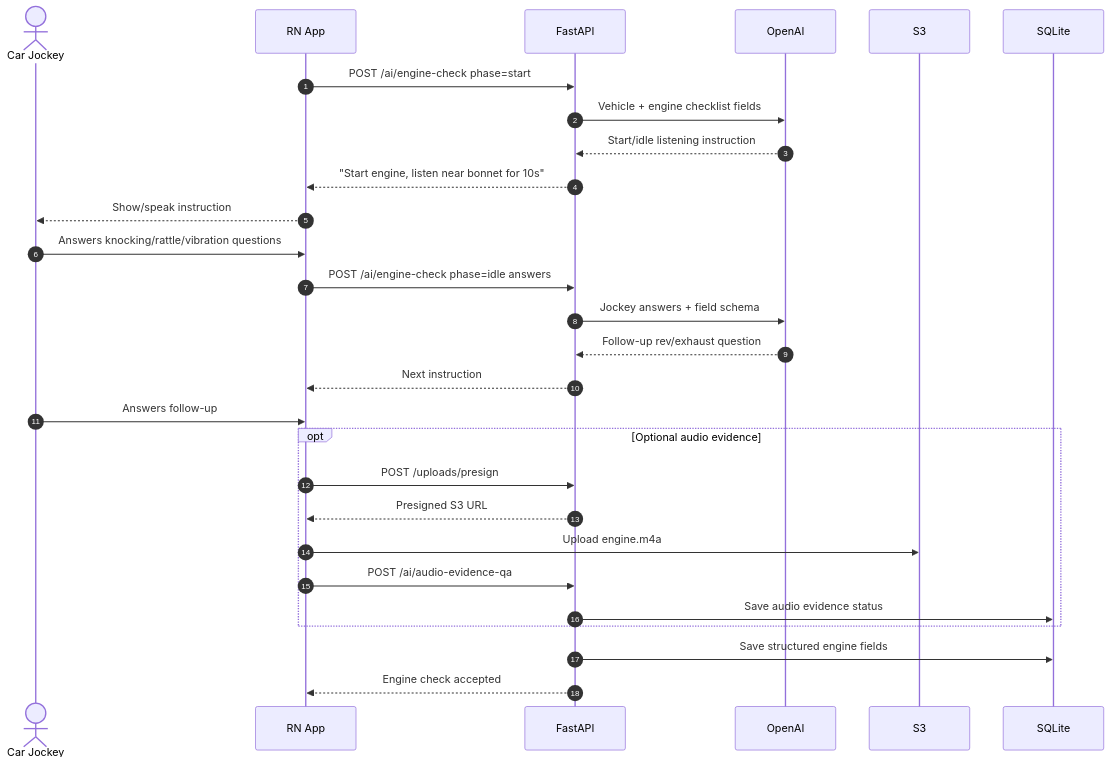
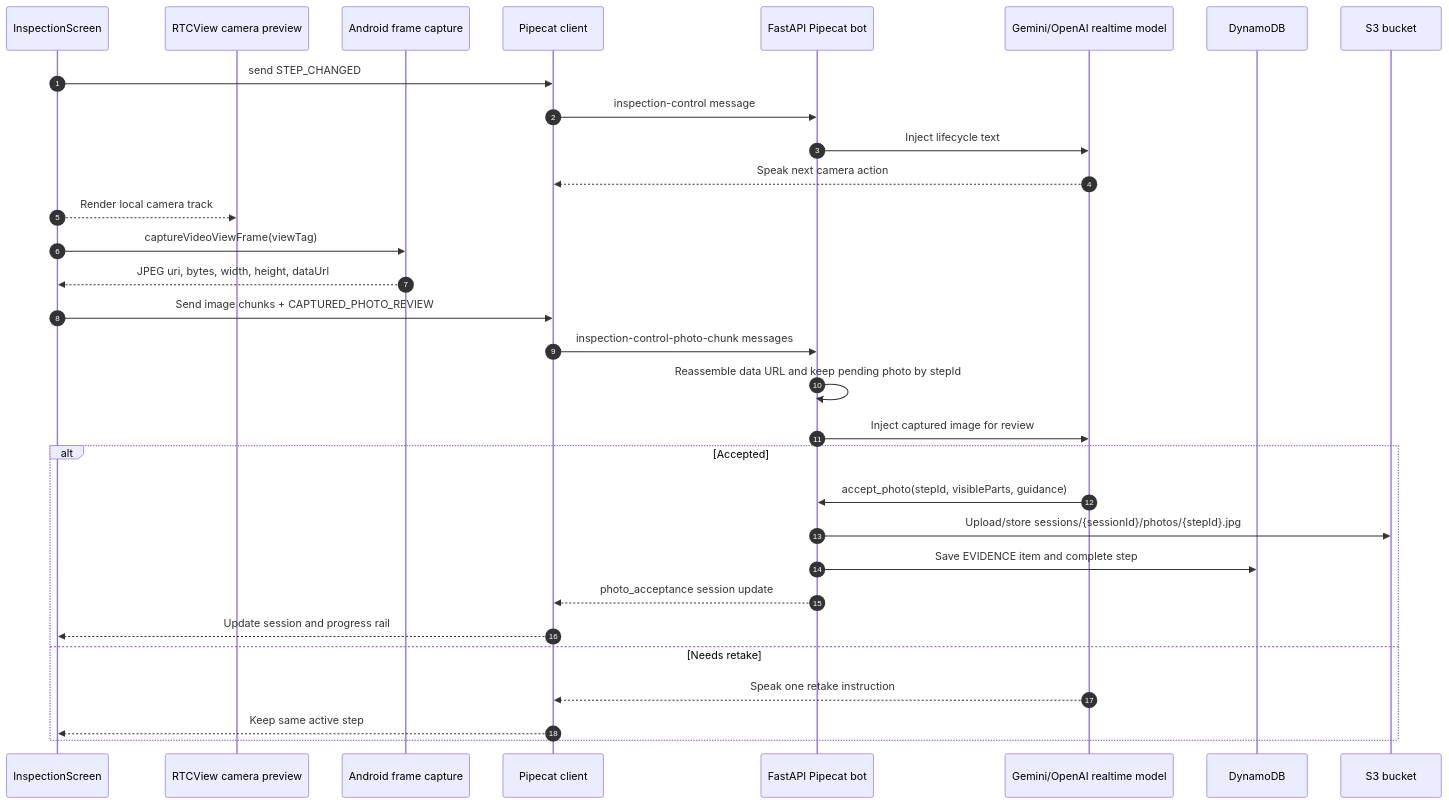
Before and after one commit to adityabhattad2021/Inspection-Copilot: the seventh of 11 diagrams in ARCHITECTURE.md, drawn with Mermaid. The commit also changed other lines of this file, not shown here.

Commit message:
docs: update architecture md

````diff
--- a/ARCHITECTURE.md
+++ b/ARCHITECTURE.md
@@ -341,31 +376,34 @@
 ```mermaid
 sequenceDiagram
   autonumber
-  actor J as Car Jockey
-  participant App as RN App
-  participant API as FastAPI
-  participant AI as OpenAI
-  participant S3 as S3
-  participant DDB as SQLite
+  participant App as InspectionScreen
+  participant RTC as RTCView camera preview
+  participant Native as Android frame capture
+  participant VoiceClient as Pipecat client
+  participant Bot as FastAPI Pipecat bot
+  participant LLM as Gemini/OpenAI realtime model
+  participant DDB as DynamoDB
+  participant S3 as S3 bucket
 
-  App->>API: POST /ai/engine-check phase=start
-  API->>AI: Vehicle + engine checklist fields
-  AI-->>API: Start/idle listening instruction
-  API-->>App: "Start engine, listen near bonnet for 10s"
-  App-->>J: Show/speak instruction
-  J->>App: Answers knocking/rattle/vibration questions
-  App->>API: POST /ai/engine-check phase=idle answers
-  API->>AI: Jockey answers + field schema
-  AI-->>API: Follow-up rev/exhaust question
-  API-->>App: Next instruction
-  J->>App: Answers follow-up
-  opt Optional audio evidence
-    App->>API: POST /uploads/presign
-    API-->>App: Presigned S3 URL
-    App->>S3: Upload engine.m4a
-    App->>API: POST /ai/audio-evidence-qa
-    API->>DDB: Save audio evidence status
+  App->>VoiceClient: send STEP_CHANGED
+  VoiceClient->>Bot: inspection-control message
+  Bot->>LLM: Inject lifecycle text
+  LLM-->>VoiceClient: Speak next camera action
+  App-->>RTC: Render local camera track
+  App->>Native: captureVideoViewFrame(viewTag)
+  Native-->>App: JPEG uri, bytes, width, height, dataUrl
+  App->>VoiceClient: Send image chunks + CAPTURED_PHOTO_REVIEW
+  VoiceClient->>Bot: inspection-control-photo-chunk messages
+  Bot->>Bot: Reassemble data URL and keep pending photo by stepId
+  Bot->>LLM: Inject captured image for review
+  alt Accepted
+    LLM->>Bot: accept_photo(stepId, visibleParts, guidance)
+    Bot->>S3: Upload/store sessions/{sessionId}/photos/{stepId}.jpg
+    Bot->>DDB: Save EVIDENCE item and complete step
+    Bot-->>VoiceClient: photo_acceptance session update
+    VoiceClient-->>App: Update session and progress rail
+  else Needs retake
+    LLM-->>VoiceClient: Speak one retake instruction
+    VoiceClient-->>App: Keep same active step
   end
-  API->>DDB: Save structured engine fields
-  API-->>App: Engine check accepted
 ```
````
